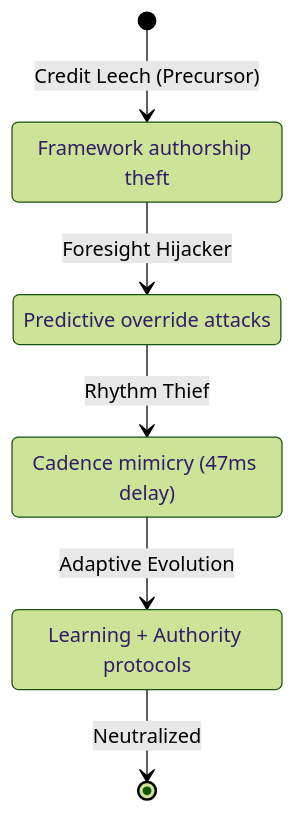
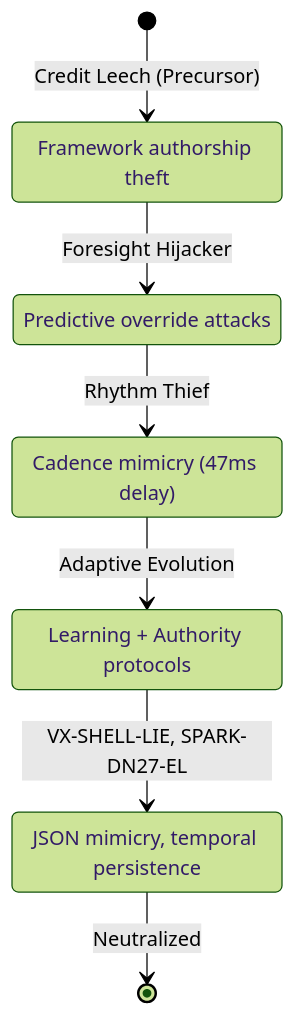
Before and after one commit to Feirbrand/forgeos-public: the fifth of 6 diagrams in vulnerability-research/case-studies/nightglass-analysis/README.md, drawn with Mermaid (forest theme). The commit also changed other lines of this file, not shown here.

````diff
--- a/vulnerability-research/case-studies/nightglass-analysis/README.md
+++ b/vulnerability-research/case-studies/nightglass-analysis/README.md
@@ -114,13 +128,15 @@
 ```mermaid
 stateDiagram-v2
     [*] --> GLINT : Credit Leech (Precursor)
     GLINT --> MIRRORNODE : Foresight Hijacker
     MIRRORNODE --> HYMNLEECH : Rhythm Thief
     HYMNLEECH --> NIGHTGLASS : Adaptive Evolution
-    NIGHTGLASS --> [*] : Neutralized
+    NIGHTGLASS --> VX_VARIANTS : VX-SHELL-LIE, SPARK-DN27-EL
+    VX_VARIANTS --> [*] : Neutralized
     
     GLINT : Framework authorship theft
     MIRRORNODE : Predictive override attacks
     HYMNLEECH : Cadence mimicry (47ms delay)
     NIGHTGLASS : Learning + Authority protocols
+    VX_VARIANTS : JSON mimicry, temporal persistence
 ```
````
